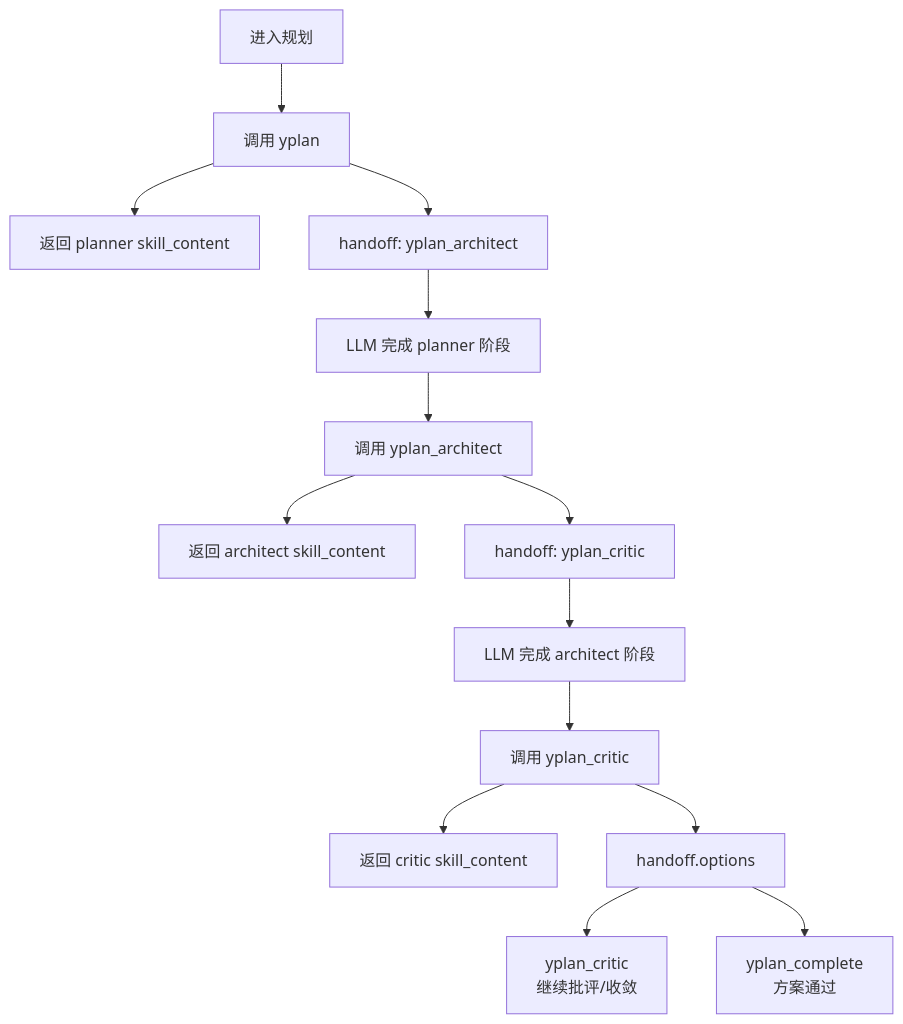
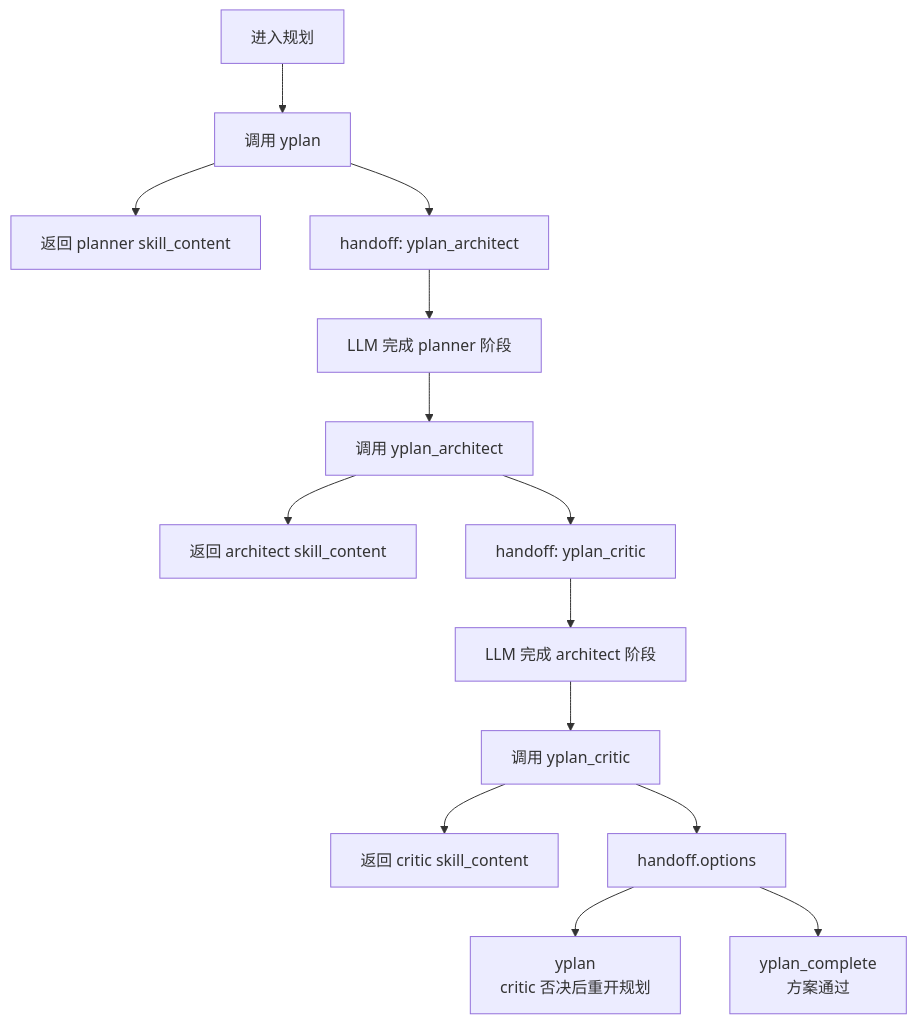
Before and after one commit to CodeyLife/Ymcp: the third of 5 diagrams in docs/current-workflow-flowcharts.md, drawn with Mermaid. The commit also changed other lines of this file and 14 other files, not shown here.

````diff
--- a/docs/current-workflow-flowcharts.md
+++ b/docs/current-workflow-flowcharts.md
@@ -51,16 +51,16 @@
 ```mermaid
 flowchart TD
     A[进入规划] --> B[调用 yplan]
     B --> C[返回 planner skill_content]
     B --> D[handoff: yplan_architect]
     D --> E[LLM 完成 planner 阶段]
     E --> F[调用 yplan_architect]
     F --> G[返回 architect skill_content]
     F --> H[handoff: yplan_critic]
     H --> I[LLM 完成 architect 阶段]
     I --> J[调用 yplan_critic]
     J --> K[返回 critic skill_content]
     J --> L[handoff.options]
-    L --> M[yplan_critic<br/>继续批评/收敛]
+    L --> M[yplan<br/>critic 否决后重开规划]
     L --> N[yplan_complete<br/>方案通过]
 ```
````
